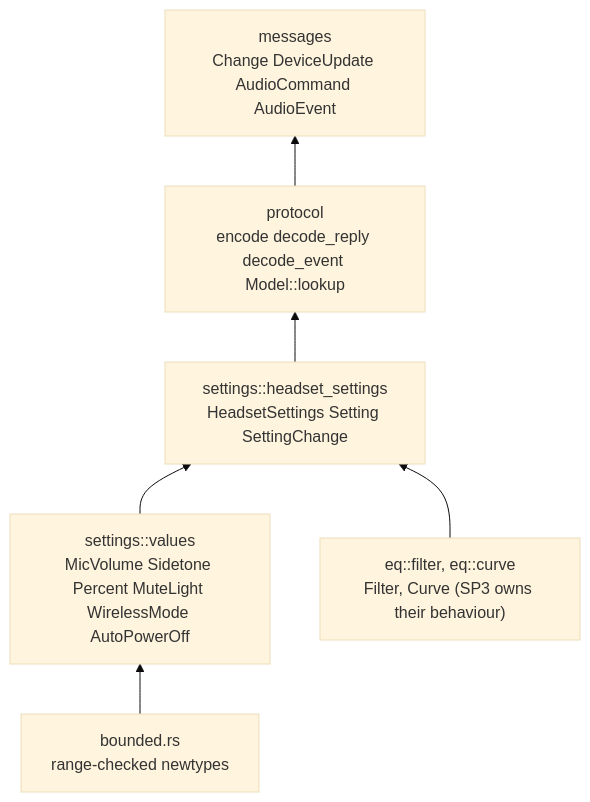
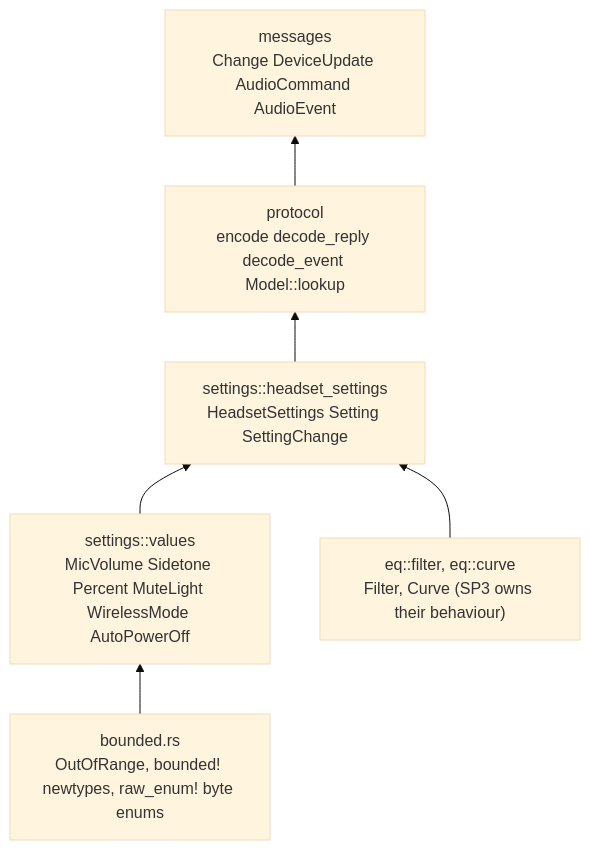
One commit to marcelogm/arctis-companion changed the first of 4 diagrams in docs/architecture/protocol.md. Above: the diagram before and after it, drawn with Mermaid (base theme). The commit also changed other lines of this file and 1 other file, not shown here.

````diff
--- a/docs/architecture/protocol.md
+++ b/docs/architecture/protocol.md
@@ -9,11 +9,11 @@
 ```mermaid
 flowchart BT
-    B["bounded.rs<br/>range-checked newtypes"]
+    B["bounded.rs<br/>OutOfRange, bounded! newtypes, raw_enum! byte enums"]
     V["settings::values<br/>MicVolume Sidetone Percent MuteLight WirelessMode AutoPowerOff"]
     E["eq::filter, eq::curve<br/>Filter, Curve (SP3 owns their behaviour)"]
     H["settings::headset_settings<br/>HeadsetSettings Setting SettingChange"]
     P["protocol<br/>encode decode_reply decode_event Model::lookup"]
     M["messages<br/>Change DeviceUpdate AudioCommand AudioEvent"]
     B --> V --> H
     E --> H --> P --> M
 ```
````
